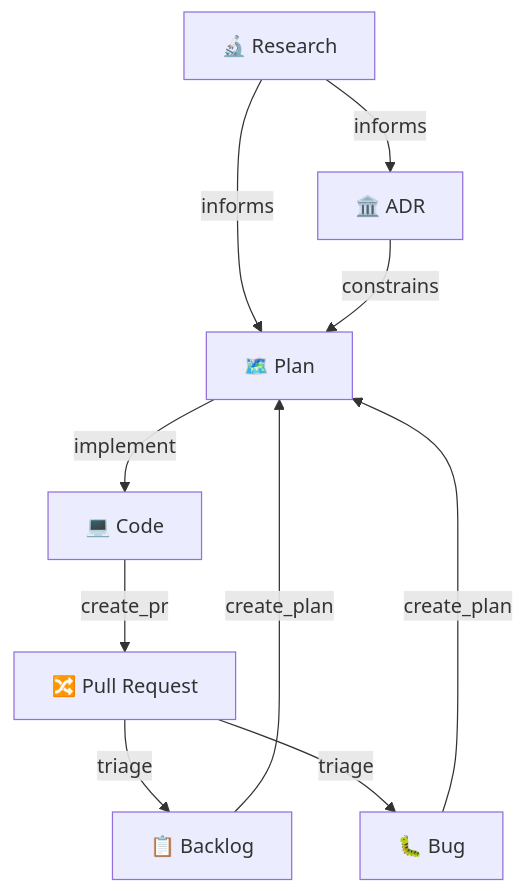
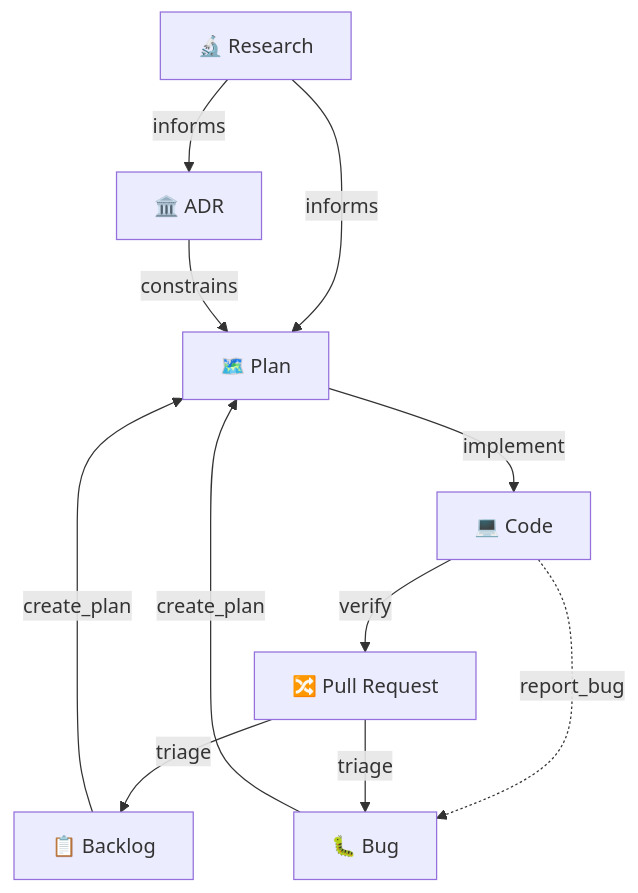
Before and after one commit to NunoMoura/dev_ops: the diagram in README.md, drawn with Mermaid. The commit also changed 1 other file, not shown here.

Commit message:
minor update

````diff
--- a/README.md
+++ b/README.md
@@ -36,30 +36,31 @@
 ```mermaid
 flowchart TD
     %% Document Artifacts
     Research["🔬 Research"]
     ADR["🏛️ ADR"]
     Backlog["📋 Backlog"]
     Bug["🐛 Bug"]
     Plan["🗺️ Plan"]
     Code["💻 Code"]
     PR["🔀 Pull Request"]
 
     %% Research & Decision Flows
     Research --> |informs| ADR
     Research --> |informs| Plan
     ADR --> |constrains| Plan
     
     %% Planning Flows
     Backlog --> |create_plan| Plan
     Bug --> |create_plan| Plan
 
     %% Execution Flows
     Plan --> |implement| Code
 
-    %% Delivery Flows
-    Code --> |create_pr| PR
+    %% Verification & Delivery Flows
+    Code --> |verify| PR
+    Code -.-> |report_bug| Bug
     
     %% Feedback Flows (PR comments become tracked items)
     PR --> |triage| Backlog
     PR --> |triage| Bug
 ```
````
